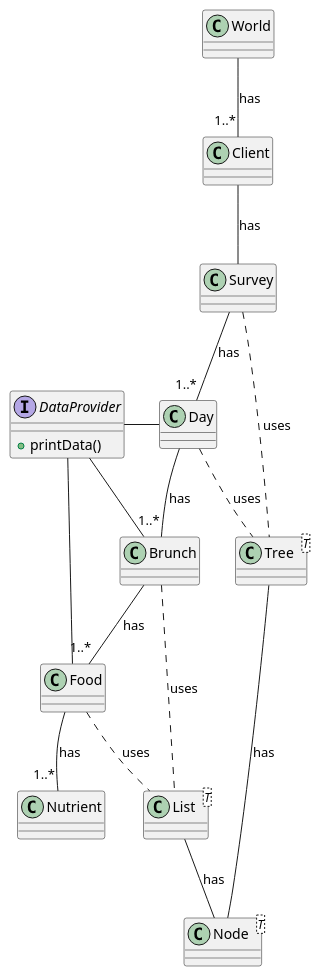
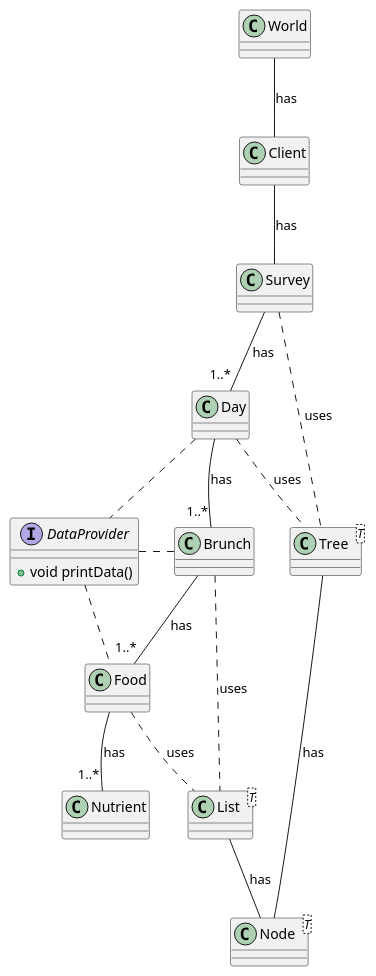
The diagram in entregas/quiñonezJorge/ClassDiagram.puml (mmasias/23-24-eda1), drawn with PlantUML before and after one commit.

Commit message:
feature/update-diagram-class

```diff
--- a/entregas/quiñonezJorge/ClassDiagram.puml
+++ b/entregas/quiñonezJorge/ClassDiagram.puml
@@ -1,32 +1,33 @@
 @startuml class diagram
+
 interface DataProvider{
- + printData()
+ + void printData()
 }
 class World{}
 class Client{}
 class Survey{}
 class Day{}
 class Brunch{}
 class Food{}
 class Nutrient{}
 class Tree<T>{}
 class Node<T>{}
 class List<T>{}
 
 
-World -- "1..*" Client : has
+World -- Client : has
 Client -- Survey : has
 Survey -- "1..*" Day : has
 Survey .. Tree : uses
 Day .. Tree : uses
 Day -- "1..*" Brunch : has
-Day -left- DataProvider
+Day .. DataProvider
 Brunch .. List : uses
 Brunch -- "1..*" Food : has
-Brunch -left- DataProvider
+Brunch .left. DataProvider
 Food .. List : uses
 Food -- "1..*" Nutrient : has
-Food -left- DataProvider
+Food .left. DataProvider
 Tree -- Node : has
 List -- Node : has
 @enduml
```
